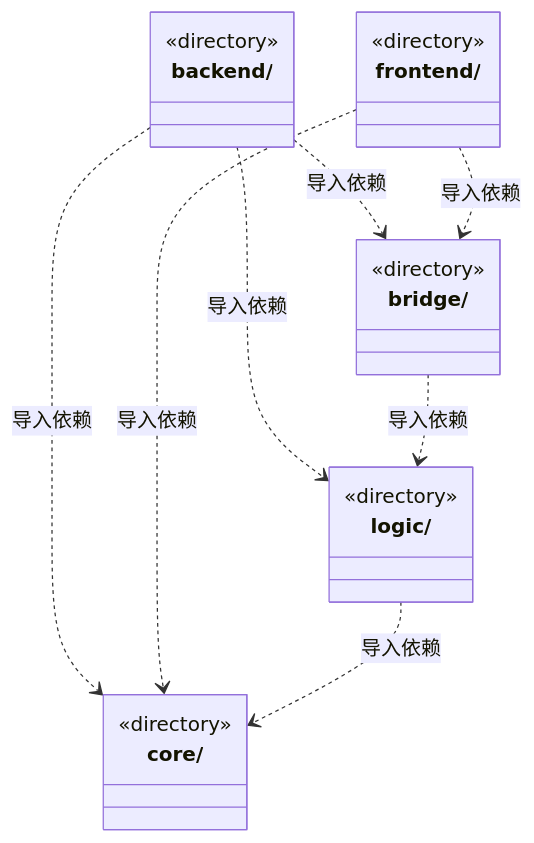
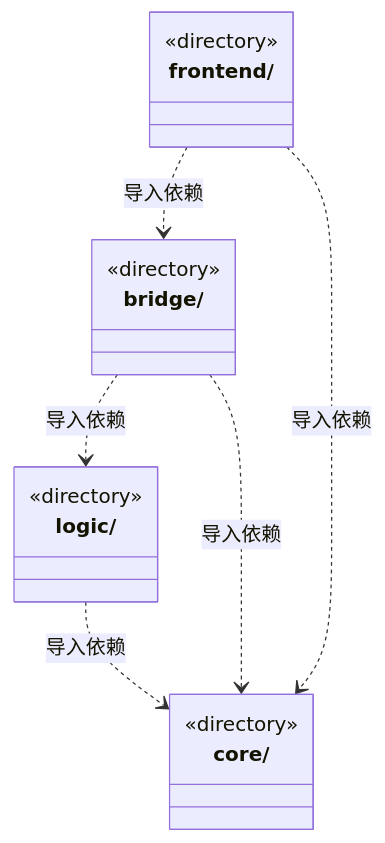
One commit to nan023062/cbim changed the diagram in src/ARCHITECTURE.md. Above: the diagram before and after it, drawn with Mermaid. The commit also changed other lines of this file and 657 other files, not shown here.

Commit message:
refactor: separate Logic services from Bridge hosts

````diff
--- a/src/ARCHITECTURE.md
+++ b/src/ARCHITECTURE.md
@@ -15,25 +15,20 @@
 ```mermaid
 classDiagram
-class N_src_backend["backend/"] {
-  <<directory>>
-}
 class N_src_bridge["bridge/"] {
   <<directory>>
 }
 class N_src_core["core/"] {
   <<directory>>
 }
 class N_src_frontend["frontend/"] {
   <<directory>>
 }
 class N_src_logic["logic/"] {
   <<directory>>
 }
-N_src_backend ..> N_src_bridge : 导入依赖
-N_src_backend ..> N_src_logic : 导入依赖
-N_src_backend ..> N_src_core : 导入依赖
 N_src_bridge ..> N_src_logic : 导入依赖
+N_src_bridge ..> N_src_core : 导入依赖
 N_src_frontend ..> N_src_bridge : 导入依赖
 N_src_frontend ..> N_src_core : 导入依赖
 N_src_logic ..> N_src_core : 导入依赖
 ```
````
